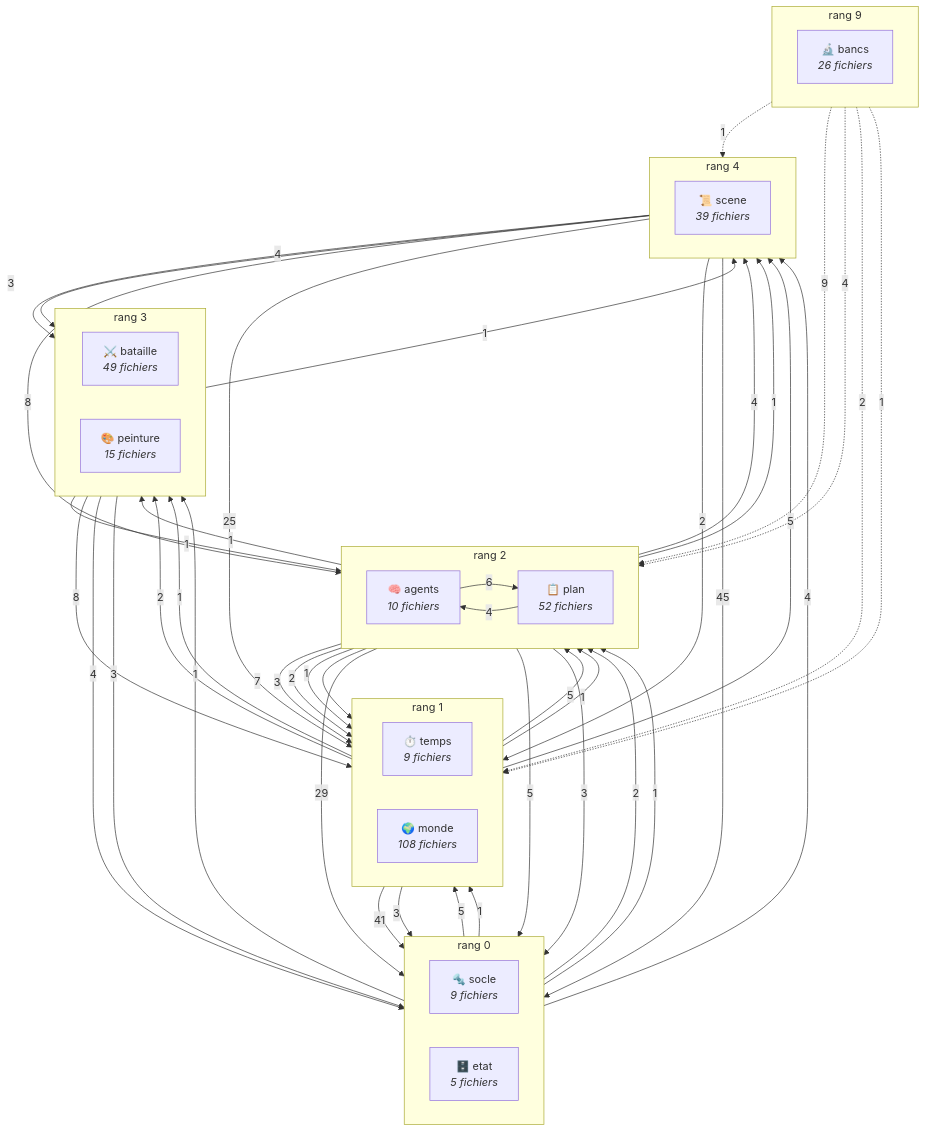
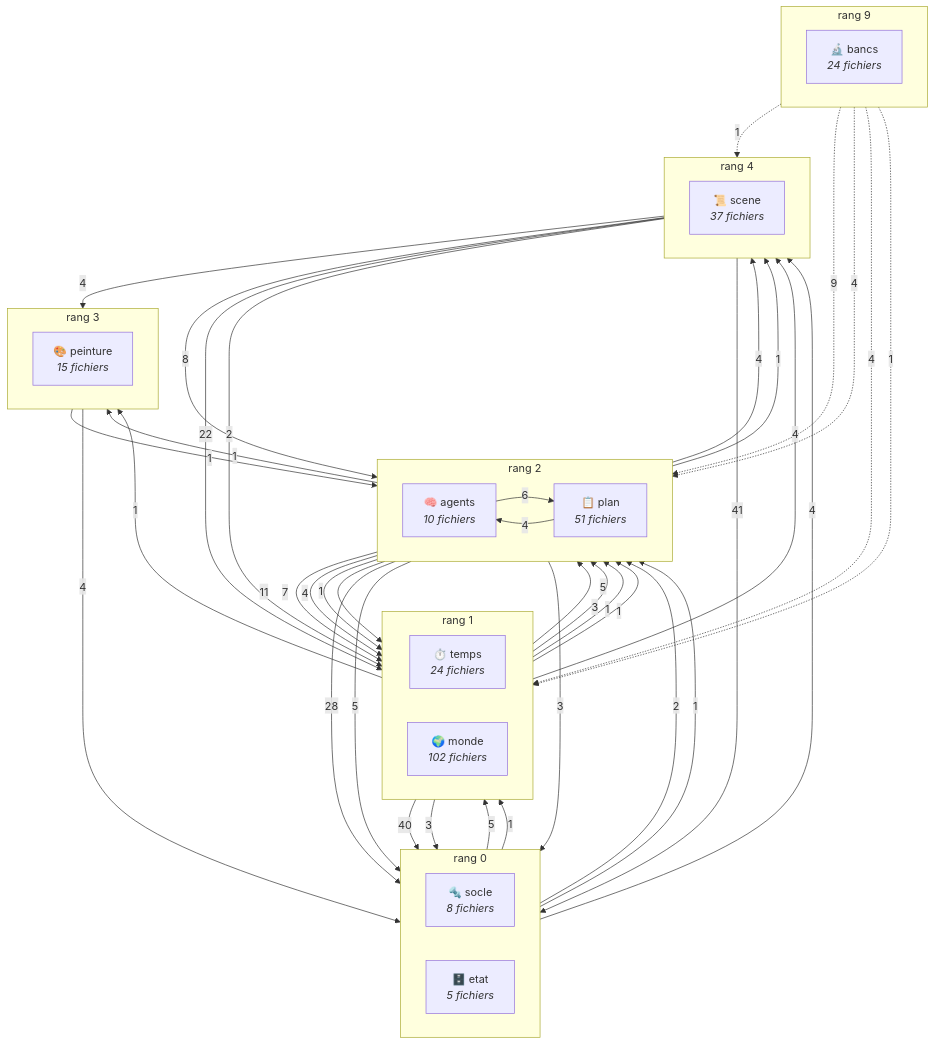
Before and after one commit to mind-protocol/the-council: the diagram in docs/graphe-archi.md, drawn with Mermaid. The commit also changed other lines of this file and 179 other files, not shown here.

````diff
--- a/docs/graphe-archi.md
+++ b/docs/graphe-archi.md
@@ -13,72 +13,67 @@
 ```mermaid
 flowchart TB
   subgraph R0["rang 0"]
     direction LR
-    socle["🔩 socle<br/><i>9 fichiers</i>"]
+    socle["🔩 socle<br/><i>8 fichiers</i>"]
     etat["🗄️ etat<br/><i>5 fichiers</i>"]
   end
   subgraph R1["rang 1"]
     direction LR
-    temps["⏱️ temps<br/><i>9 fichiers</i>"]
-    monde["🌍 monde<br/><i>108 fichiers</i>"]
+    temps["⏱️ temps<br/><i>24 fichiers</i>"]
+    monde["🌍 monde<br/><i>102 fichiers</i>"]
   end
   subgraph R2["rang 2"]
     direction LR
     agents["🧠 agents<br/><i>10 fichiers</i>"]
-    plan["📋 plan<br/><i>52 fichiers</i>"]
+    plan["📋 plan<br/><i>51 fichiers</i>"]
   end
   subgraph R3["rang 3"]
     direction LR
-    bataille["⚔️ bataille<br/><i>49 fichiers</i>"]
     peinture["🎨 peinture<br/><i>15 fichiers</i>"]
   end
   subgraph R4["rang 4"]
     direction LR
-    scene["📜 scene<br/><i>39 fichiers</i>"]
+    scene["📜 scene<br/><i>37 fichiers</i>"]
   end
   subgraph R9["rang 9"]
     direction LR
-    bancs["🔬 bancs<br/><i>26 fichiers</i>"]
+    bancs["🔬 bancs<br/><i>24 fichiers</i>"]
   end
-  scene -->|45| socle
-  monde -->|41| socle
-  plan -->|29| socle
-  scene -->|25| monde
+  scene -->|41| socle
+  monde -->|40| socle
+  plan -->|28| socle
+  scene -->|22| monde
+  plan -->|11| temps
   bancs -.->|9| plan
   scene -->|8| plan
-  bataille -->|8| monde
   plan -->|7| monde
   agents -->|6| plan
   monde -->|5| plan
   agents -->|5| socle
   socle -->|5| monde
-  monde -->|5| scene
+  bancs -.->|4| temps
   bancs -.->|4| agents
+  agents -->|4| temps
   plan -->|4| agents
   plan -->|4| scene
   peinture -->|4| socle
   scene -->|4| peinture
   socle -->|4| scene
-  agents -->|3| temps
+  monde -->|4| scene
   plan -->|3| etat
-  bataille -->|3| socle
+  temps -->|3| plan
   temps -->|3| socle
-  scene -->|3| bataille
   scene -->|2| temps
-  plan -->|2| temps
-  bancs -.->|2| temps
-  monde -->|2| bataille
   socle -->|2| plan
   agents -->|1| monde
   bancs -.->|1| monde
   etat -->|1| plan
   etat -->|1| temps
   peinture -->|1| plan
   monde -->|1| agents
-  socle -->|1| bataille
+  temps -->|1| agents
   agents -->|1| scene
   plan -->|1| peinture
   monde -->|1| peinture
   bancs -.->|1| scene
-  bataille -->|1| scene
 ```
````
